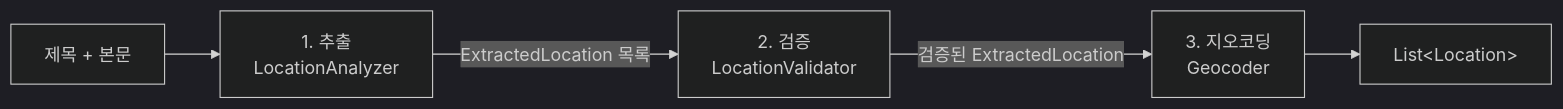
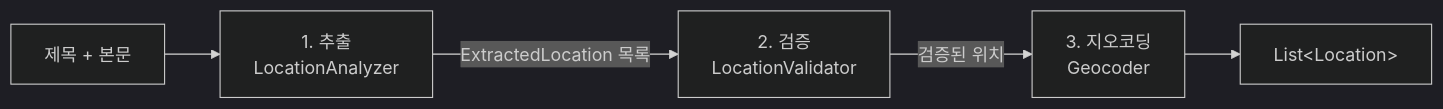
Before and after one commit to vonkernel/local-incident-tracker: the second of 5 diagrams in analyzer/README.md, drawn with Mermaid (dark theme). The commit also changed other lines of this file and 97 other files, not shown here.

First line of the commit message:
Refactor to FP architecture with documentation updates (#17)

````diff
--- a/analyzer/README.md
+++ b/analyzer/README.md
@@ -107,7 +53,7 @@
 ```mermaid
 flowchart LR
-    T[제목 + 본문] --> S1[1. 추출<br/>LocationAnalyzer]
-    S1 -->|ExtractedLocation 목록| S2[2. 검증<br/>LocationValidator]
-    S2 -->|검증된 ExtractedLocation| S3[3. 지오코딩<br/>Geocoder]
-    S3 --> L["List&lt;Location&gt;"]
+    A[제목 + 본문] --> B[1. 추출<br/>LocationAnalyzer]
+    B -->|ExtractedLocation 목록| C[2. 검증<br/>LocationValidator]
+    C -->|검증된 위치| D[3. 지오코딩<br/>Geocoder]
+    D --> E["List&lt;Location&gt;"]
 ```
````
